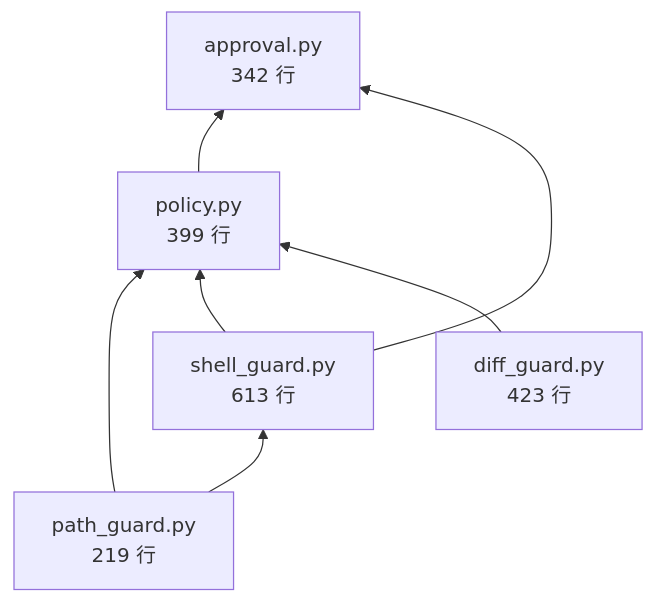
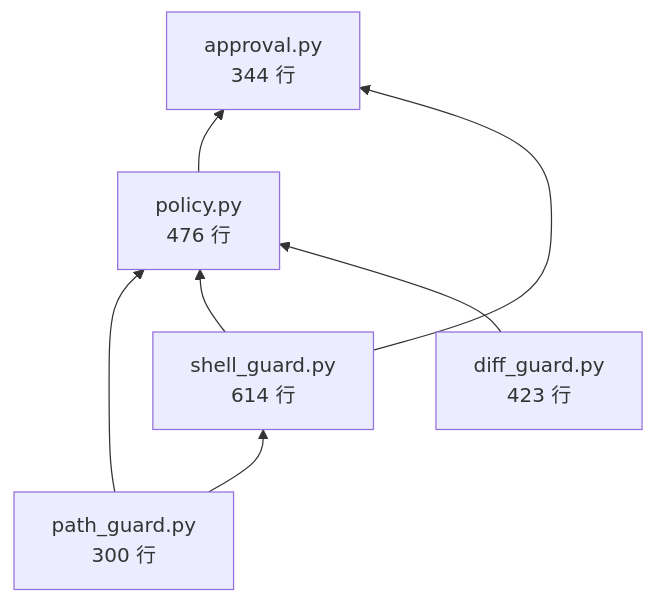
Before and after one commit to LaoTouAiLe/chaiai: the first of 2 diagrams in docs/lessons/07-security.md, drawn with Mermaid. The commit also changed other lines of this file and 27 other files, not shown here.

````diff
--- a/docs/lessons/07-security.md
+++ b/docs/lessons/07-security.md
@@ -48,15 +48,15 @@
 ```mermaid
 graph BT
-    PG["path_guard.py<br/>219 行"]
-    SG["shell_guard.py<br/>613 行"]
+    PG["path_guard.py<br/>300 行"]
+    SG["shell_guard.py<br/>614 行"]
     DG["diff_guard.py<br/>423 行"]
-    PO["policy.py<br/>399 行"]
-    AP["approval.py<br/>342 行"]
+    PO["policy.py<br/>476 行"]
+    AP["approval.py<br/>344 行"]
 
     PG --> SG
     PG --> PO
     SG --> PO
     DG --> PO
     PO --> AP
     SG --> AP
 ```
````
